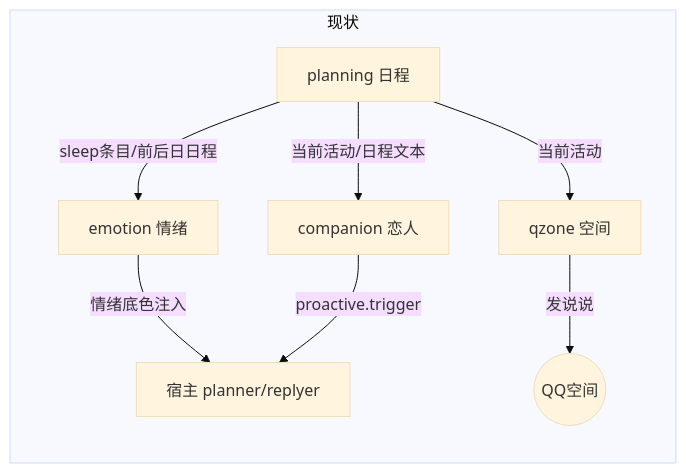
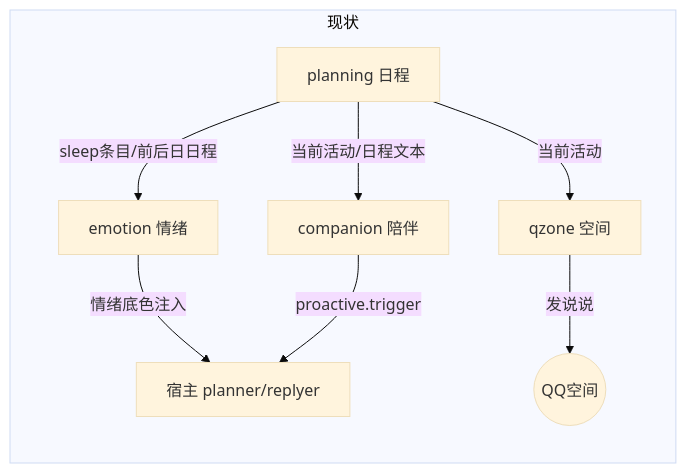
The first of 2 diagrams in SYNERGY.md (cateyemizuki/cateye_life_belonging_to_maimai), drawn with Mermaid (base theme) before and after one commit. The commit also changed other lines of this file and 22 other files, not shown here.

````diff
--- a/SYNERGY.md
+++ b/SYNERGY.md
@@ -22,11 +22,11 @@
 ```mermaid
 flowchart LR
     subgraph 现状
-      P[planning 日程] -->|当前活动/日程文本| C[companion 恋人]
+      P[planning 日程] -->|当前活动/日程文本| C[companion 陪伴]
       P -->|sleep条目/前后日日程| E[emotion 情绪]
       P -->|当前活动| Q[qzone 空间]
       E -->|情绪底色注入| H[宿主 planner/replyer]
       C -->|proactive.trigger| H
       Q -->|发说说| S((QQ空间))
     end
 ```
````
